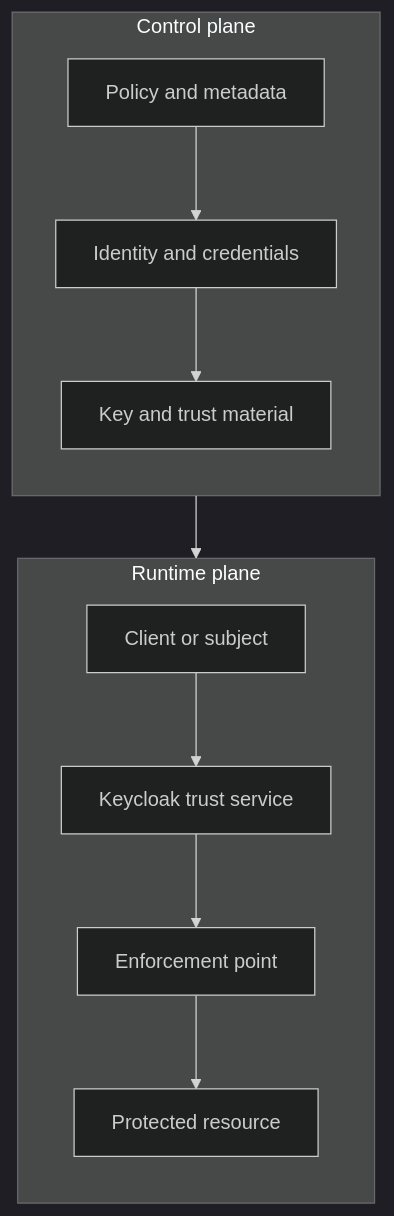
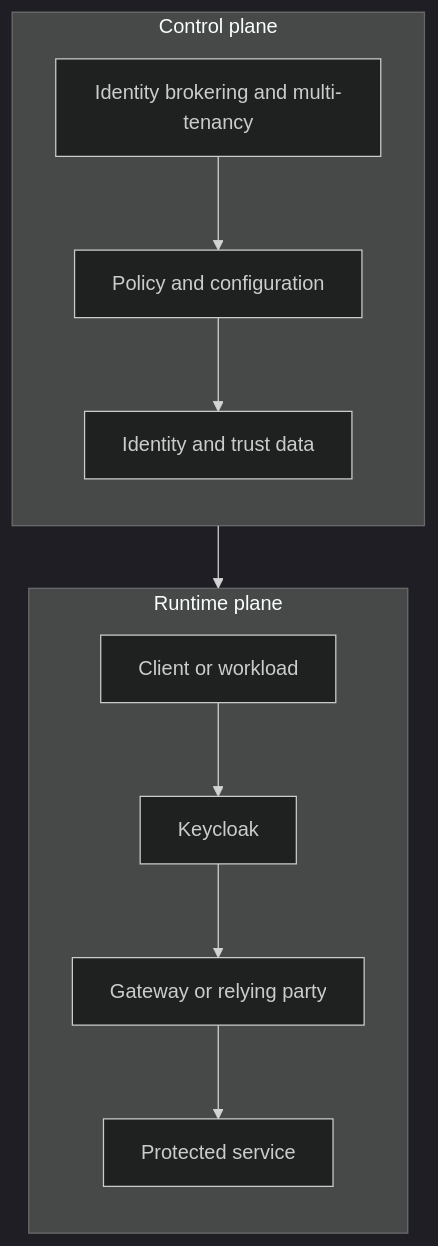
Before and after one commit to jeanflorentine/IAM-KeyCloack-Lab: diagram 20 of 36 in KeyCloack Reference Book.md, drawn with Mermaid (dark theme). The commit also changed other lines of this file, not shown here.

````diff
--- a/KeyCloack Reference Book.md
+++ b/KeyCloack Reference Book.md
@@ -2282,24 +2211,24 @@
 ```mermaid
 flowchart TB
     subgraph CP[Control plane]
         direction TB
-        P[Policy and metadata]
-        I[Identity and credentials]
-        K[Key and trust material]
-        P --> I
-        I --> K
+        A[Identity brokering and multi-tenancy]
+        B[Policy and configuration]
+        C[Identity and trust data]
+        A --> B
+        B --> C
     end
 
     subgraph RP[Runtime plane]
         direction TB
-        C[Client or subject]
-        KC[Keycloak trust service]
-        E[Enforcement point]
-        R[Protected resource]
-        C --> KC
-        KC --> E
-        E --> R
+        D[Client or workload]
+        E[Keycloak]
+        F[Gateway or relying party]
+        G[Protected service]
+        D --> E
+        E --> F
+        F --> G
     end
 
     CP --> RP
 ```
````
